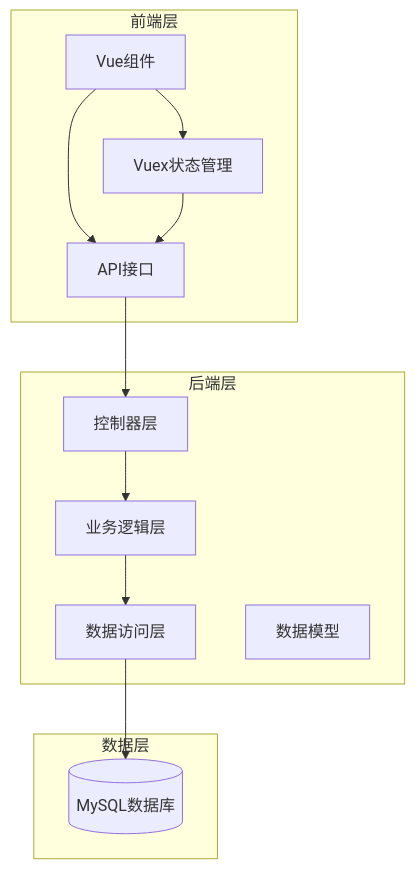
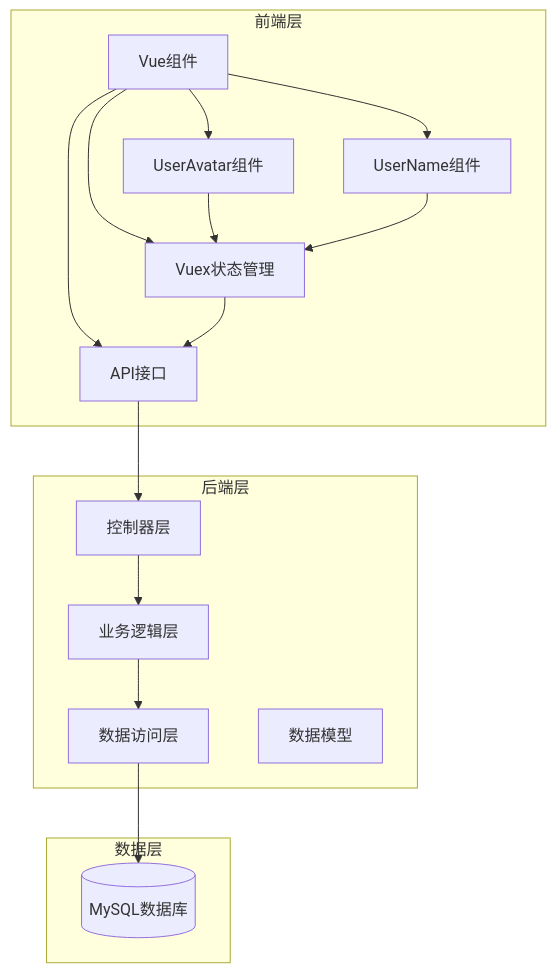
Before and after one commit to TinyMaD/SpeedRunnersLab: the first of 3 diagrams in .qoder/repowiki/zh/content/Notification System.md, drawn with Mermaid. The commit also changed other lines of this file and 9 other files, not shown here.

````diff
--- a/.qoder/repowiki/zh/content/Notification System.md
+++ b/.qoder/repowiki/zh/content/Notification System.md
@@ -44,24 +56,30 @@
 ```mermaid
 graph TB
 subgraph "前端层"
 UI[Vue组件]
 API[API接口]
 Store[Vuex状态管理]
+UserAvatar[UserAvatar组件]
+UserName[UserName组件]
 end
 subgraph "后端层"
 Controller[控制器层]
 BLL[业务逻辑层]
 DAL[数据访问层]
 Model[数据模型]
 end
 subgraph "数据层"
 DB[(MySQL数据库)]
 end
 UI --> API
 API --> Controller
 Controller --> BLL
 BLL --> DAL
 DAL --> DB
 Store --> API
 UI --> Store
+UI --> UserAvatar
+UI --> UserName
+UserAvatar --> Store
+UserName --> Store
 ```
````
